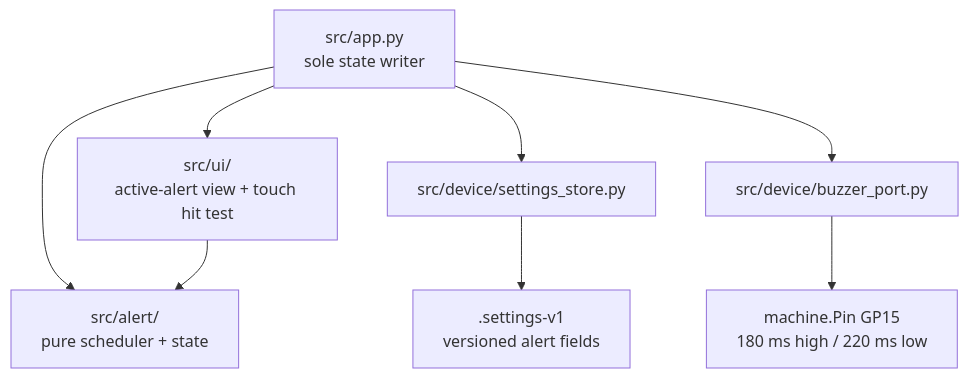
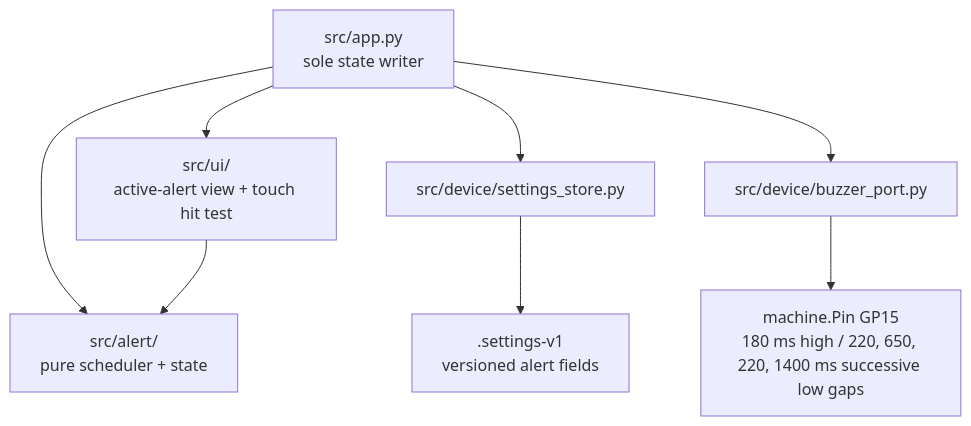
Before and after one commit to haicanhdieu/pi-calendar: the diagram in _bmad-output/planning-artifacts/alert-clock/architecture/ARCHITECTURE-SPINE.md, drawn with Mermaid. The commit also changed other lines of this file and 20 other files, not shown here.

````diff
--- a/_bmad-output/planning-artifacts/alert-clock/architecture/ARCHITECTURE-SPINE.md
+++ b/_bmad-output/planning-artifacts/alert-clock/architecture/ARCHITECTURE-SPINE.md
@@ -34,10 +34,10 @@
 ```mermaid
 flowchart TD
     App[src/app.py\nsole state writer] --> Domain[src/alert/\npure scheduler + state]
     App --> UI[src/ui/\nactive-alert view + touch hit test]
     App --> Store[src/device/settings_store.py]
     App --> Buzzer[src/device/buzzer_port.py]
     UI --> Domain
     Store --> Record[.settings-v1\nversioned alert fields]
-    Buzzer --> GPIO[machine.Pin GP15\n180 ms high / 220 ms low]
+    Buzzer --> GPIO[machine.Pin GP15\n180 ms high / 220, 650, 220, 1400 ms successive low gaps]
 ```
````
